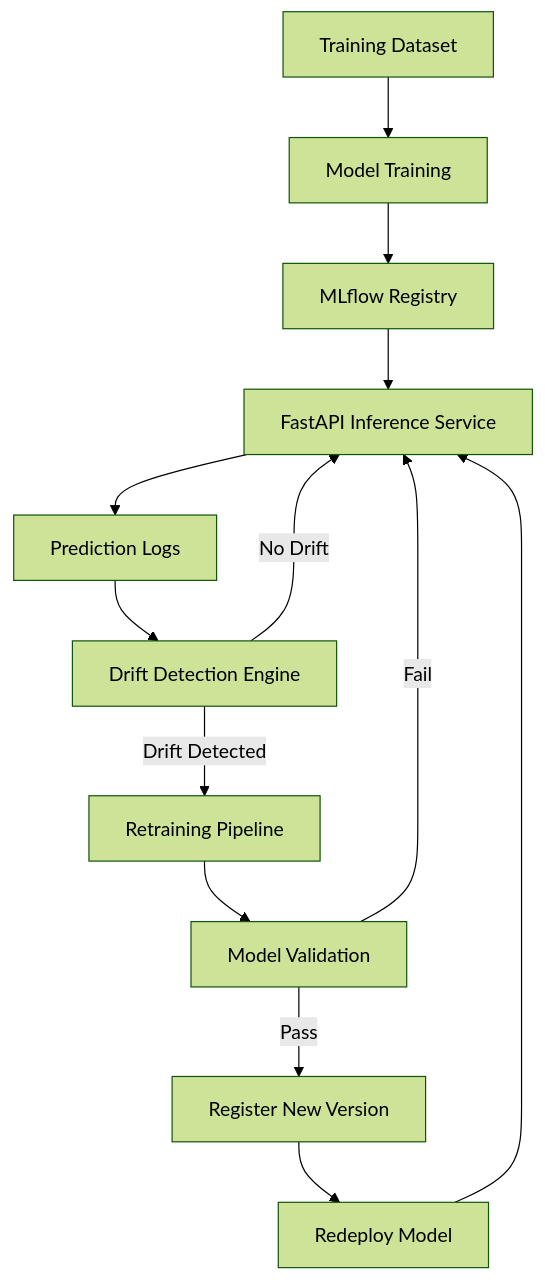
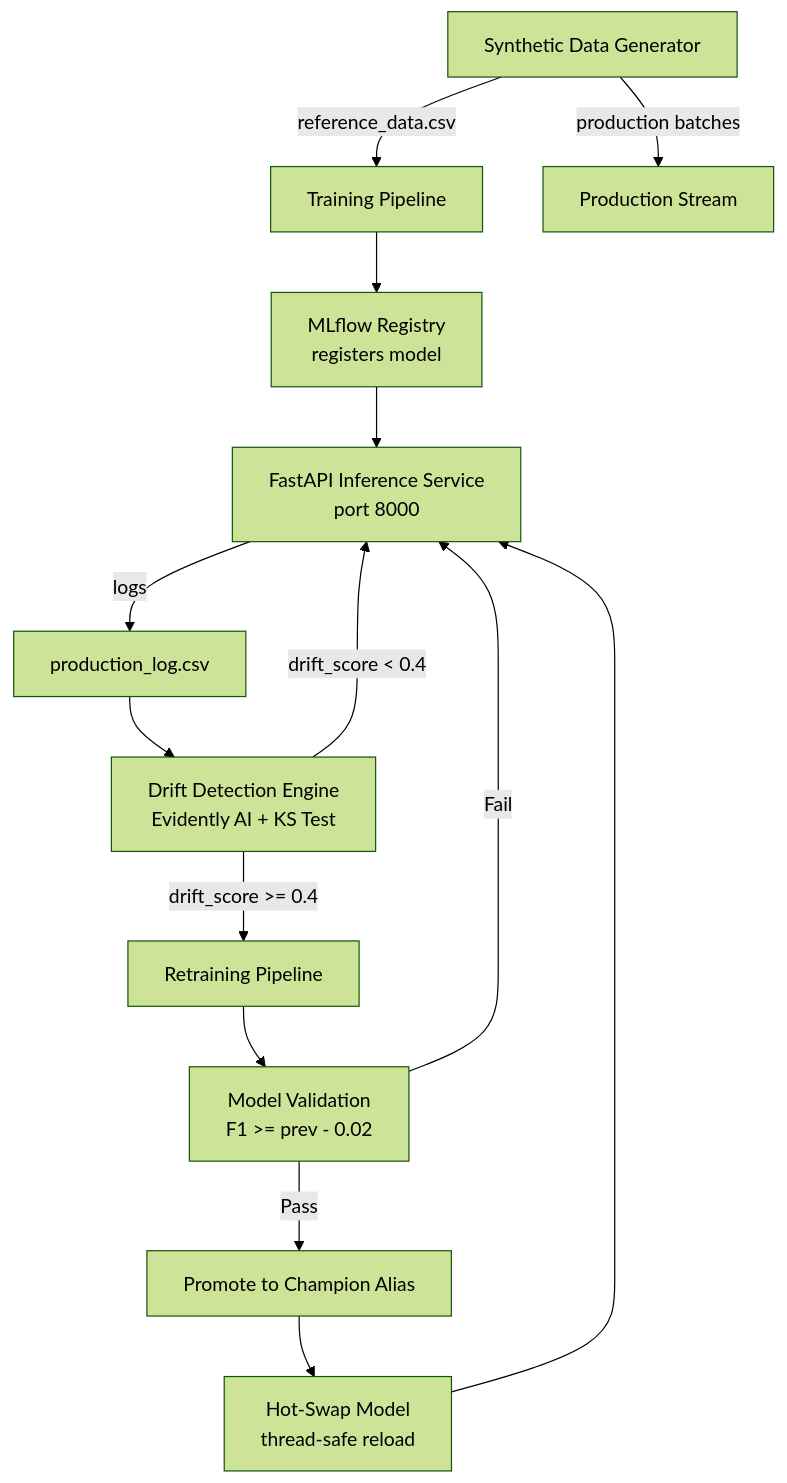
The first of 2 diagrams in README.md (Sandhiya0305/Model-Reviver), drawn with Mermaid (forest theme) before and after one commit. The commit also changed other lines of this file and 1 other file, not shown here.

````diff
--- a/README.md
+++ b/README.md
@@ -70,28 +70,22 @@
 ```mermaid
 flowchart TD
-
-A[Training Dataset]
---> B[Model Training]
-
-B --> C[MLflow Registry]
-
-C --> D[FastAPI Inference Service]
-
-D --> E[Prediction Logs]
-
-E --> F[Drift Detection Engine]
-
-F -->|No Drift| D
-
-F -->|Drift Detected| G[Retraining Pipeline]
-
-G --> H[Model Validation]
-
-H -->|Pass| I[Register New Version]
-
-I --> J[Redeploy Model]
-
-J --> D
-
-H -->|Fail| D
+    A[Synthetic Data Generator] -->|reference_data.csv| B[Training Pipeline]
+    A -->|production batches| S[Production Stream]
+    
+    B --> C[MLflow Registry<br/>registers model]
+    C --> D[FastAPI Inference Service<br/>port 8000]
+    
+    D -->|logs| E[production_log.csv]
+    
+    E --> F[Drift Detection Engine<br/>Evidently AI + KS Test]
+    
+    F -->|drift_score < 0.4| D
+    F -->|drift_score >= 0.4| G[Retraining Pipeline]
+    
+    G --> H[Model Validation<br/>F1 >= prev - 0.02]
+    H -->|Fail| D
+    H -->|Pass| I[Promote to Champion Alias]
+    
+    I --> J[Hot-Swap Model<br/>thread-safe reload]
+    J --> D
 ```
````
